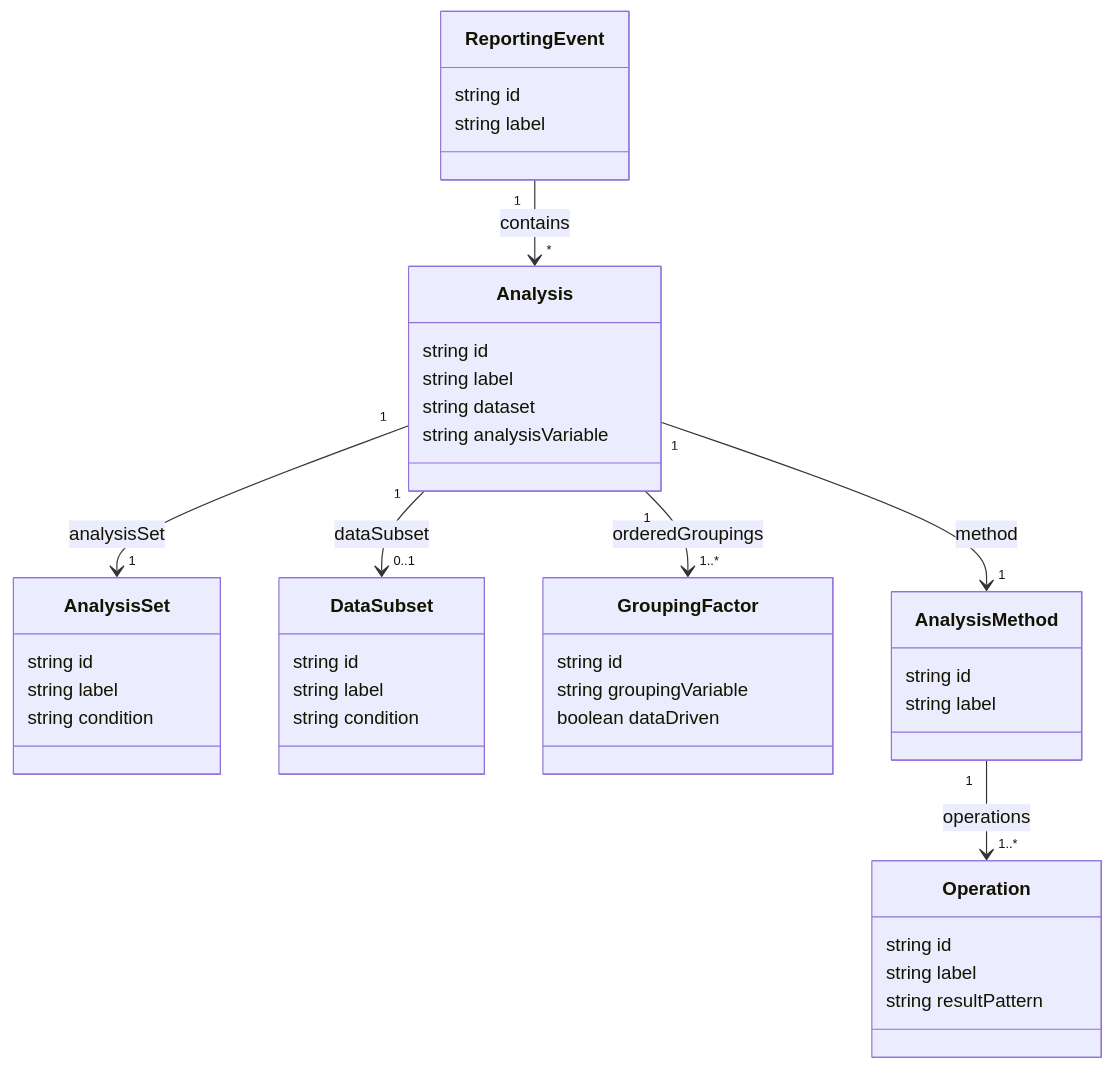
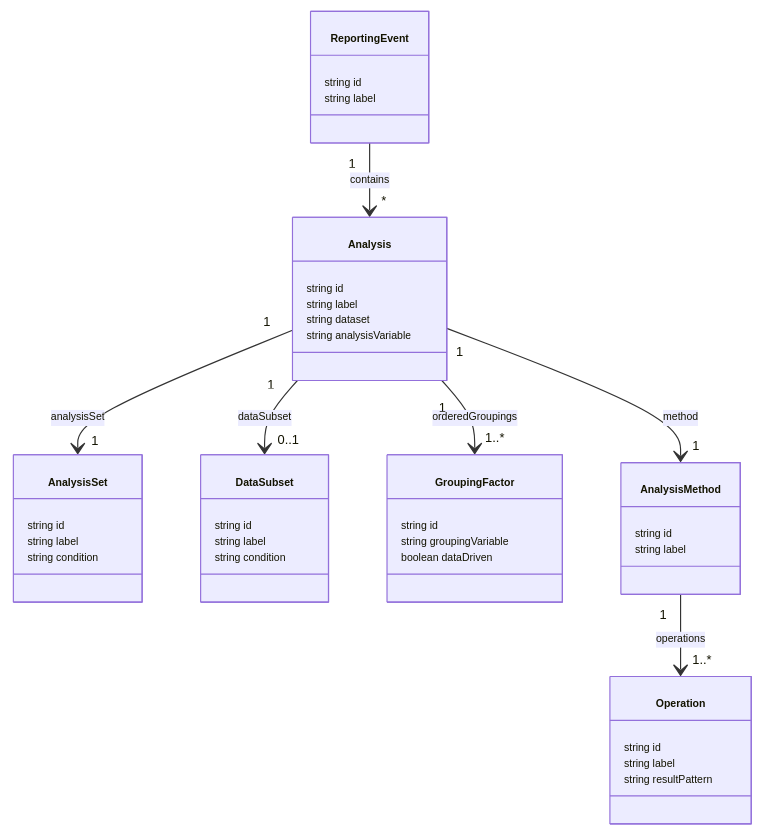
The diagram in ars.qmd (rinpharma/analysis_results_26_eu), drawn with Mermaid before and after one commit. The commit also changed other lines of this file and 2 other files, not shown here.

````diff
--- a/ars.qmd
+++ b/ars.qmd
@@ -267,46 +341,47 @@
 ```{mermaid}
+%%{init: {'theme':'default', 'themeVariables': { 'fontSize':'9px', 'fontFamily':'arial'}}}%%
 classDiagram
     direction TB
 
     class ReportingEvent {
         string id
         string label
     }
     class Analysis {
         string id
         string label
         string dataset
         string analysisVariable
     }
     class AnalysisSet {
         string id
         string label
         string condition
     }
     class DataSubset {
         string id
         string label
         string condition
     }
     class GroupingFactor {
         string id
         string groupingVariable
         boolean dataDriven
     }
     class AnalysisMethod {
         string id
         string label
     }
     class Operation {
         string id
         string label
         string resultPattern
     }
 
     ReportingEvent "1" --> "*" Analysis : contains
     Analysis "1" --> "1" AnalysisSet : analysisSet
     Analysis "1" --> "0..1" DataSubset : dataSubset
     Analysis "1" --> "1..*" GroupingFactor : orderedGroupings
     Analysis "1" --> "1" AnalysisMethod : method
     AnalysisMethod "1" --> "1..*" Operation : operations
 ```
````
